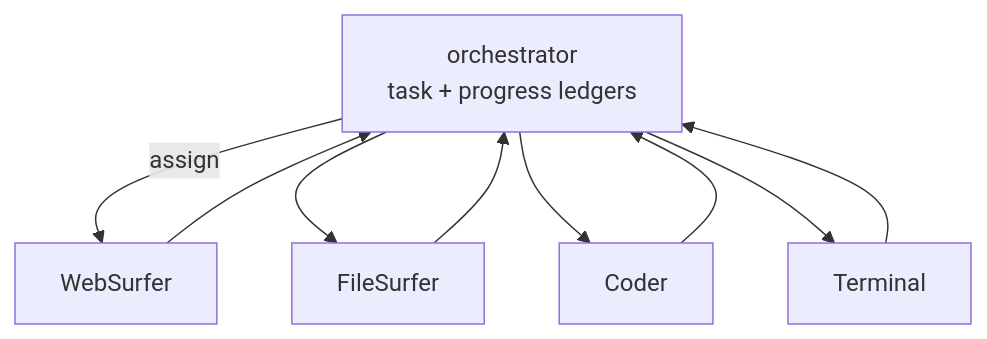
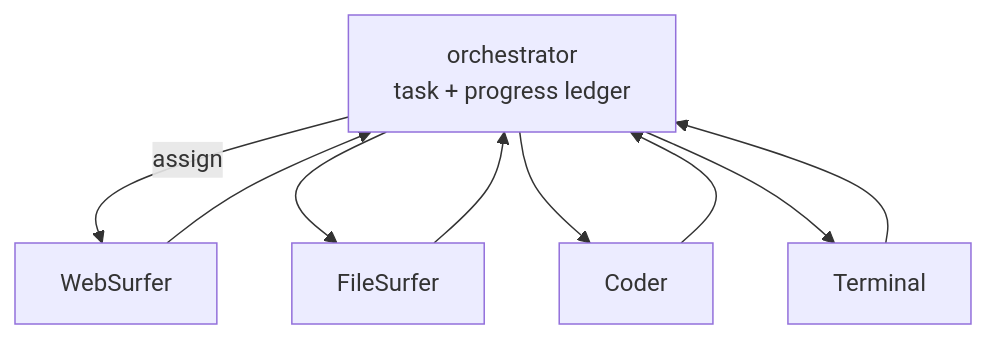
The third of 3 diagrams in content/llm/agents.md (beomyoung-kim/ml_study), drawn with Mermaid before and after one commit. The commit also changed other lines of this file and 209 other files, not shown here.

````diff
--- a/content/llm/agents.md
+++ b/content/llm/agents.md
@@ -131,11 +237,11 @@
 ```mermaid
 flowchart TB
-  Orch["orchestrator<br/>task + progress ledgers"] -->|assign| WS["WebSurfer"]
+  Orch["orchestrator<br/>task + progress ledger"] -->|assign| WS["WebSurfer"]
   Orch --> FS["FileSurfer"]
   Orch --> CD["Coder"]
   Orch --> CT["Terminal"]
   WS --> Orch
   FS --> Orch
   CD --> Orch
   CT --> Orch
 ```
````
